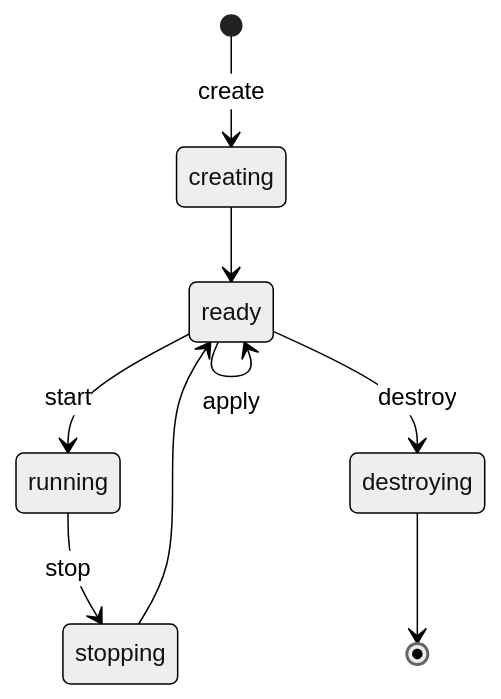
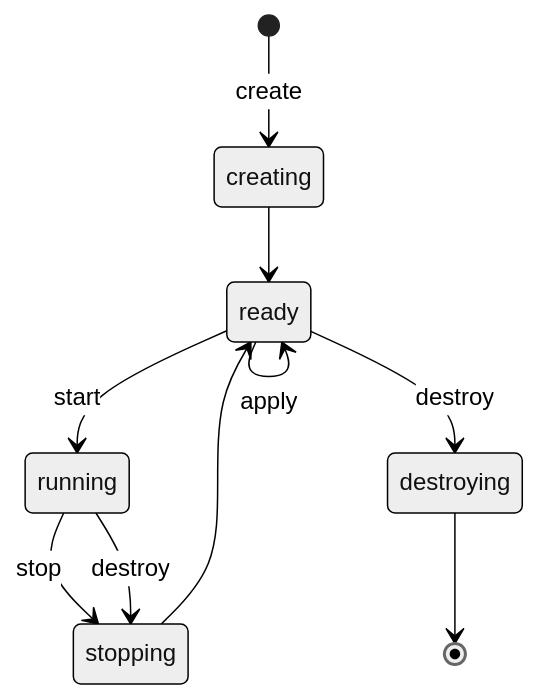
Before and after one commit to ferroteca/reliquary: the diagram in docs/spec/instance-model.md, drawn with Mermaid (neutral theme). The commit also changed other lines of this file and 10 other files, not shown here.

First line of the commit message:
destroy-machine stops a running machine first, rather than refusing

````diff
--- a/docs/spec/instance-model.md
+++ b/docs/spec/instance-model.md
@@ -118,11 +118,12 @@
 ```mermaid
 stateDiagram-v2
     [*] --> creating: create
     creating --> ready
     ready --> running: start
     running --> stopping: stop
+    running --> stopping: destroy
     stopping --> ready
     ready --> ready: apply
     ready --> destroying: destroy
     destroying --> [*]
 ```
````
